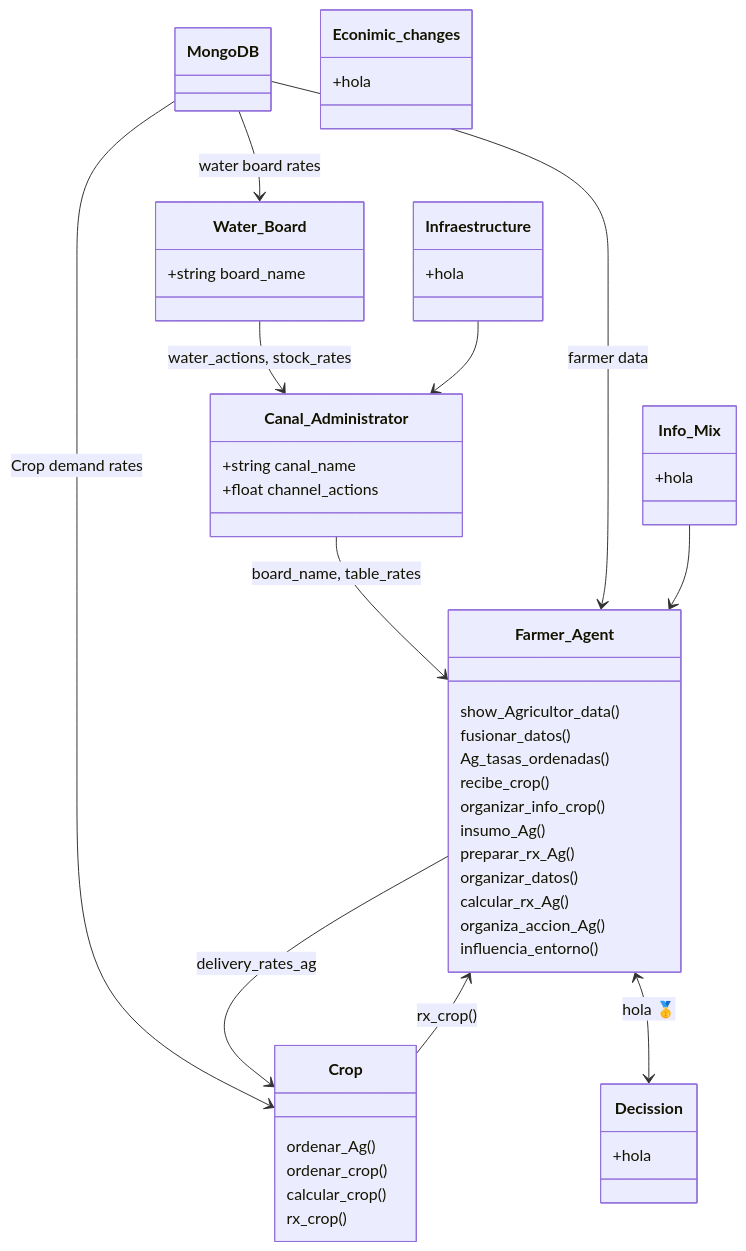
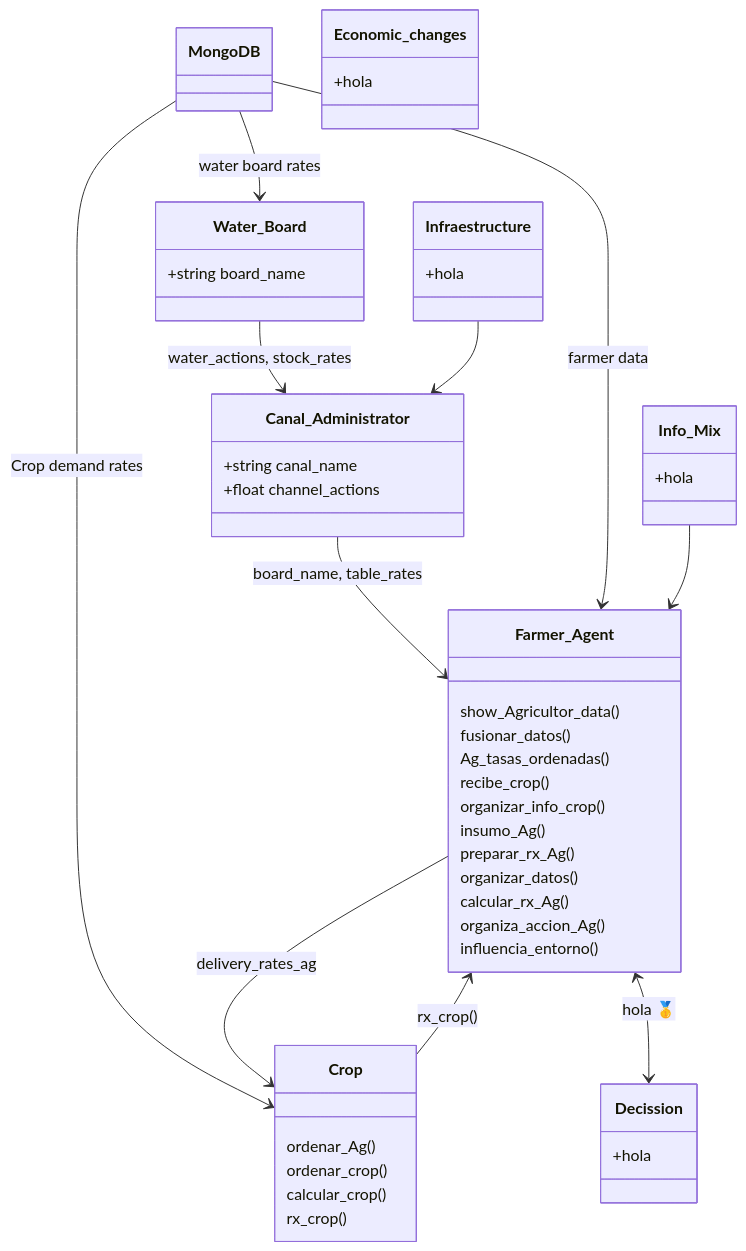
One commit to Pablov81/Agrotopia changed the diagram in README.md. Above: the diagram before and after it, drawn with Mermaid.

````diff
--- a/README.md
+++ b/README.md
@@ -46,62 +46,62 @@
 ```mermaid
 classDiagram
     class MongoDB {
     }
 
     class Water_Board {
         +string board_name
     }
 
     class Canal_Administrator{
         +string canal_name
         +float channel_actions
     }
 
     class Farmer_Agent {
         show_Agricultor_data()
         fusionar_datos()
         Ag_tasas_ordenadas()
         recibe_crop()
         organizar_info_crop()
         insumo_Ag()
         preparar_rx_Ag()
         organizar_datos()
         calcular_rx_Ag()
         organiza_accion_Ag()
         influencia_entorno()
     }
 
     class Crop {
         ordenar_Ag()
         ordenar_crop()
         calcular_crop()
         rx_crop()
     }
 
     class Decission {
         +hola
     }
 
     class Info_Mix {
         +hola
     }
 
     class Infraestructure {
         +hola
     }
 
-    class Econimic_changes {
+    class Economic_changes {
         +hola
     }
 
     Water_Board --> Canal_Administrator: water_actions, stock_rates
     Canal_Administrator --> Farmer_Agent: board_name, table_rates
     MongoDB --> Water_Board: water board rates
     MongoDB --> Farmer_Agent: farmer data
     MongoDB --> Crop: Crop demand rates
     Farmer_Agent --> Crop: delivery_rates_ag
     Farmer_Agent <--> Decission:hola 🥇
     Info_Mix-->Farmer_Agent
     Infraestructure-->Canal_Administrator
     Crop --> Farmer_Agent:rx_crop()
 ```
````
